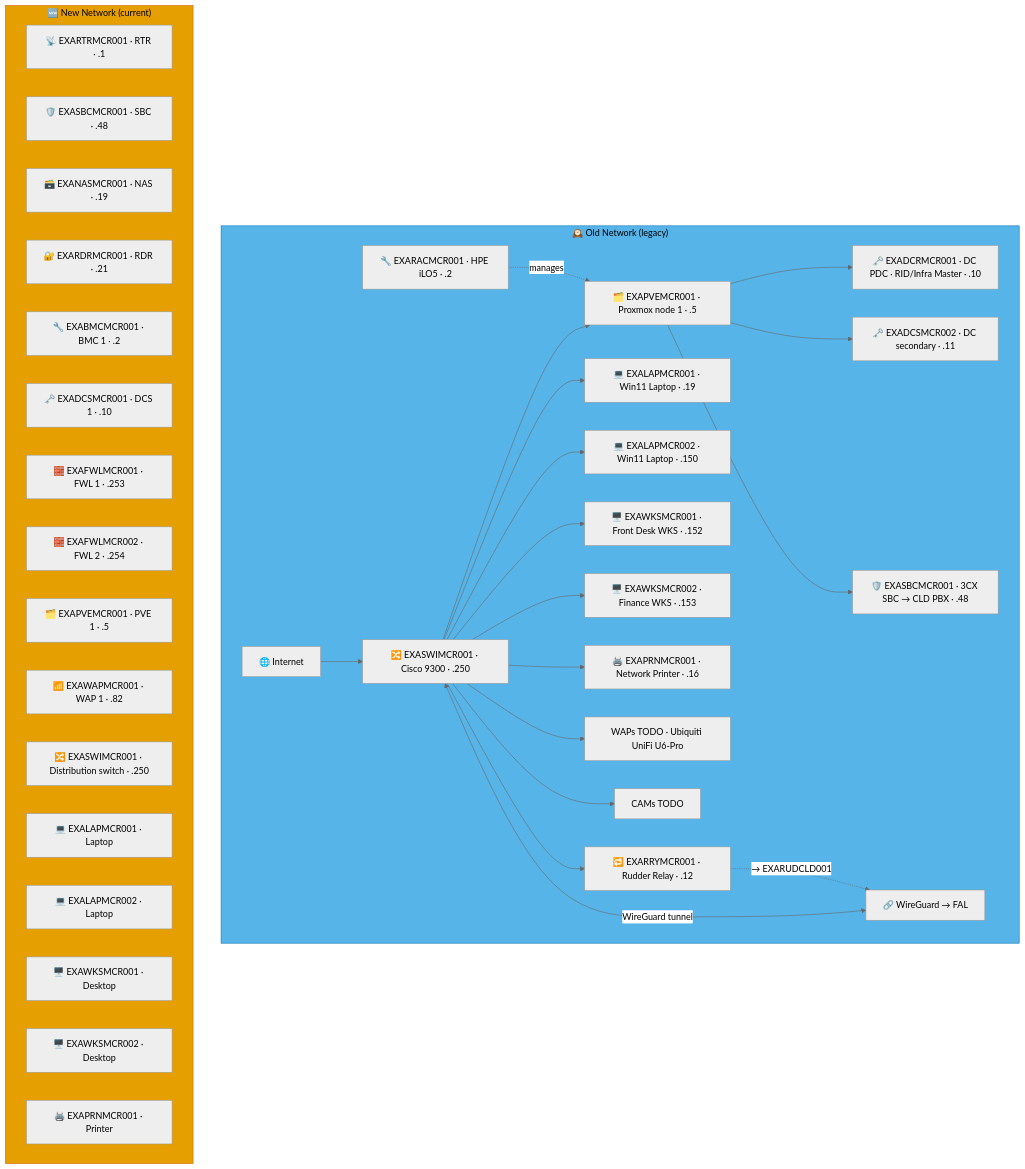
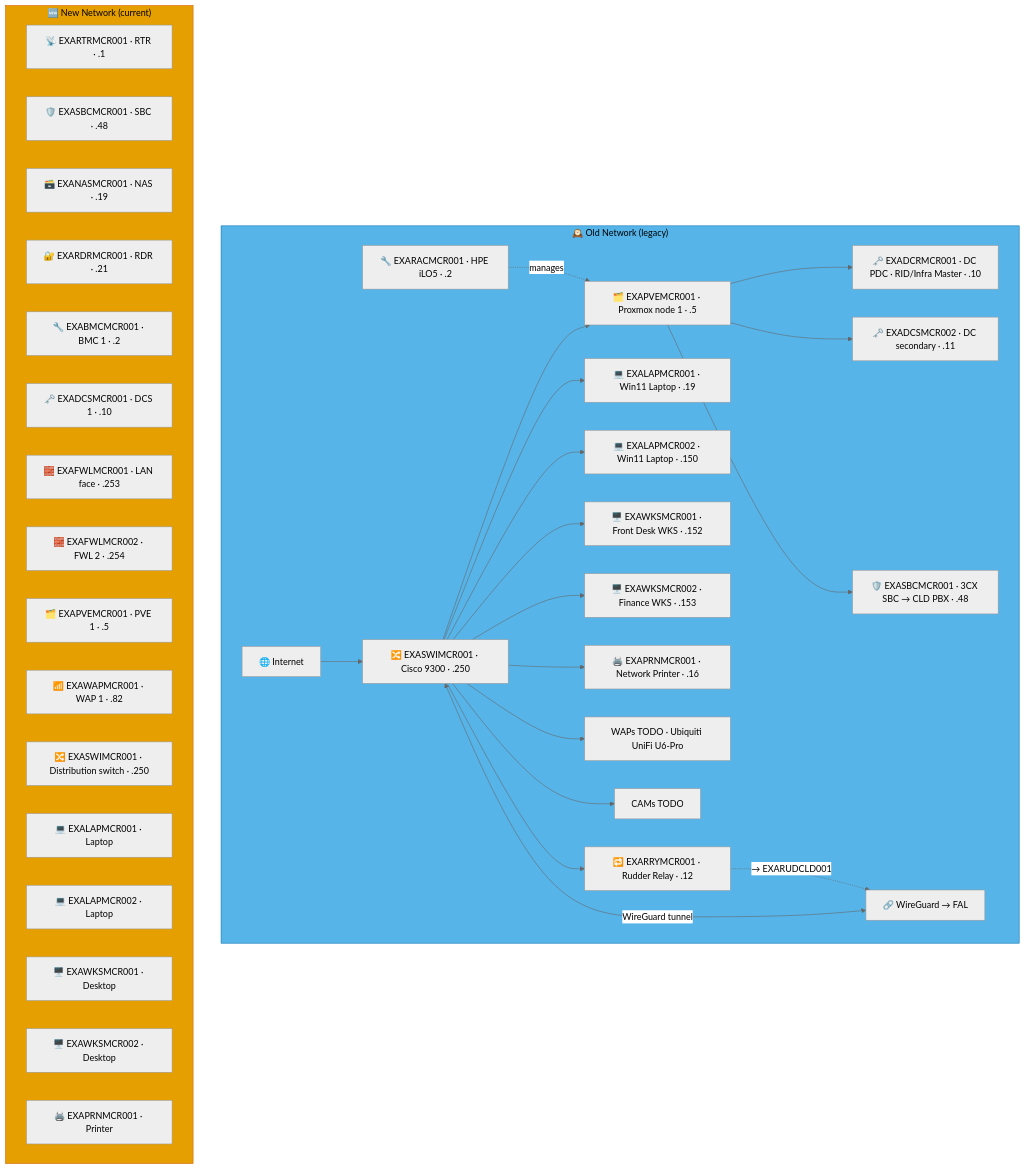
One commit to knightmare2600/example_music_infra changed the third of 9 diagrams in docs/network-diagram/england.md. Above: the diagram before and after it, drawn with Mermaid (neutral theme). The commit also changed other lines of this file and 17 other files, not shown here.

````diff
--- a/docs/network-diagram/england.md
+++ b/docs/network-diagram/england.md
@@ -154,52 +154,52 @@
 ```mermaid
 graph TD
     subgraph OLD_MCR ["🕰️ Old Network (legacy)"]
       INET["🌐 Internet"]
       SW["🔀 EXASWIMCR001 · Cisco 9300 · .250"]
       RAC["🔧 EXARACMCR001 · HPE iLO5 · .2"]
       PVE["🗂️ EXAPVEMCR001 · Proxmox node 1 · .5"]
       DC1["🗝️ EXADCRMCR001 · DC PDC · RID/Infra Master · .10"]
       DC2["🗝️ EXADCSMCR002 · DC secondary · .11"]
       SBC["🛡️ EXASBCMCR001 · 3CX SBC → CLD PBX · .48"]
       RRY["🔁 EXARRYMCR001 · Rudder Relay · .12"]
       LAP1["💻 EXALAPMCR001 · Win11 Laptop · .19"]
       LAP2["💻 EXALAPMCR002 · Win11 Laptop · .150"]
       WKS1["🖥️ EXAWKSMCR001 · Front Desk WKS · .152"]
       WKS2["🖥️ EXAWKSMCR002 · Finance WKS · .153"]
       PRN["🖨️ EXAPRNMCR001 · Network Printer · .16"]
       WAP["WAPs TODO · Ubiquiti UniFi U6-Pro"]
       CAM["CAMs TODO"]
       VPN["🔗 WireGuard → FAL"]
 
       INET --> SW
       SW --> PVE --> DC1 & DC2 & SBC
       RAC -.->|"manages"| PVE
       SW --> LAP1 & LAP2 & WKS1 & WKS2 & PRN & WAP & CAM
       SW <-->|"WireGuard tunnel"| VPN
 
       SW --> RRY
       RRY -. "→ EXARUDCLD001" .-> VPN
     end
     style OLD_MCR fill:#56B4E9,stroke:#0072B2,color:#000000
     %% GENERATED:NEW-NETWORK:MCR:START
     subgraph NEW_MCR ["🆕 New Network (current)"]
       N_RTR["📡 EXARTRMCR001 · RTR · .1"]
       N_SBC["🛡️ EXASBCMCR001 · SBC · .48"]
       N_NAS["🗃️ EXANASMCR001 · NAS · .19"]
       N_RDR["🔐 EXARDRMCR001 · RDR · .21"]
       N_BMC["🔧 EXABMCMCR001 · BMC 1 · .2"]
       N_DCS["🗝️ EXADCSMCR001 · DCS 1 · .10"]
-      N_FWL["🧱 EXAFWLMCR001 · FWL 1 · .253"]
+      N_FWL["🧱 EXAFWLMCR001 · LAN face · .253"]
       N_FWL2["🧱 EXAFWLMCR002 · FWL 2 · .254"]
       N_PVE["🗂️ EXAPVEMCR001 · PVE 1 · .5"]
       N_WAP["📶 EXAWAPMCR001 · WAP 1 · .82"]
       N_SWI["🔀 EXASWIMCR001 · Distribution switch · .250"]
       N_LAP["💻 EXALAPMCR001 · Laptop"]
       N_LAP2["💻 EXALAPMCR002 · Laptop"]
       N_WKS["🖥️ EXAWKSMCR001 · Desktop"]
       N_WKS2["🖥️ EXAWKSMCR002 · Desktop"]
       N_PRN["🖨️ EXAPRNMCR001 · Printer"]
     end
     style NEW_MCR fill:#E69F00,stroke:#D55E00,color:#000000
     %% GENERATED:NEW-NETWORK:MCR:END
 ```
````
